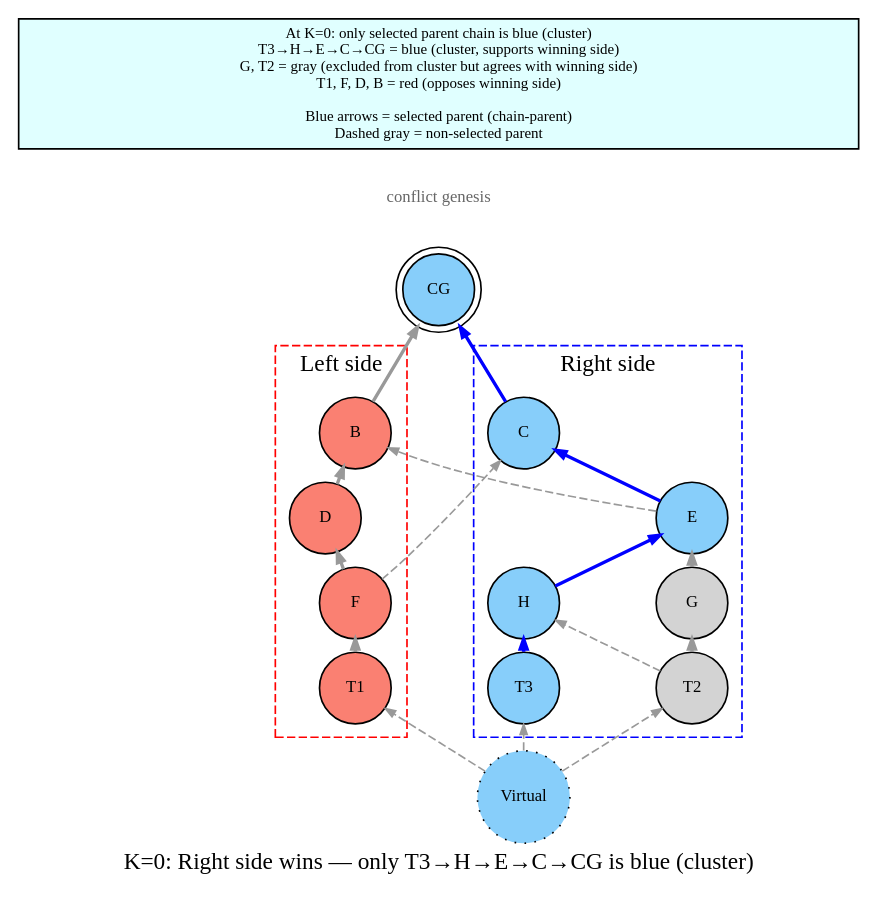
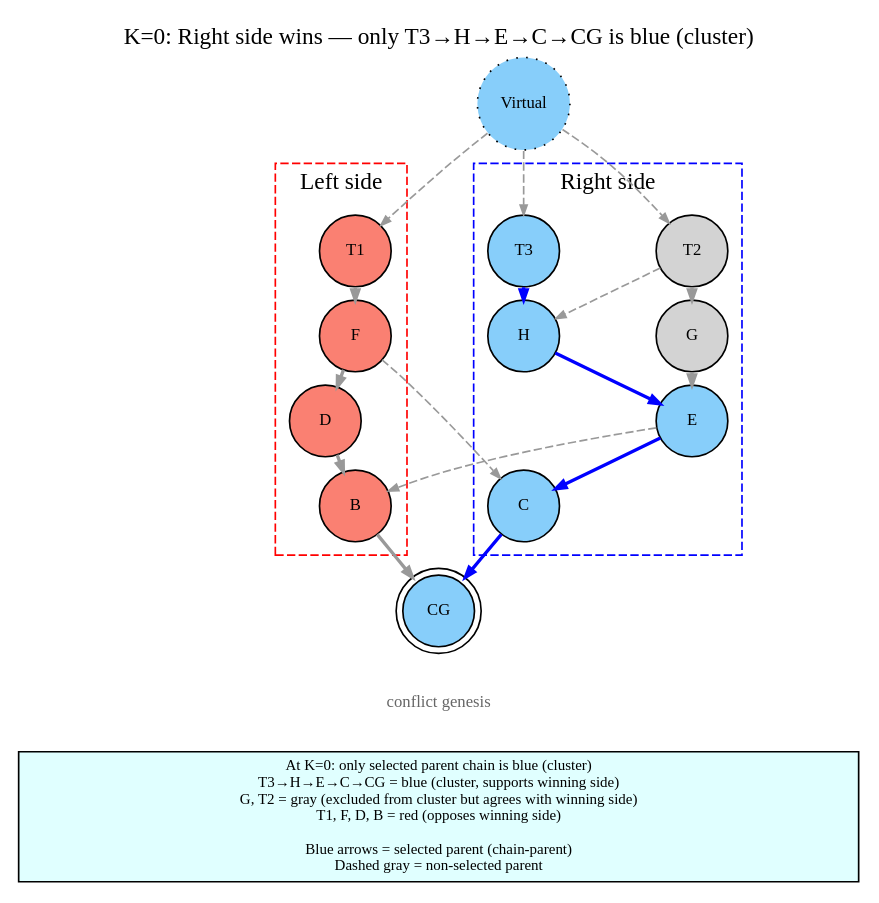
One commit to coderofstuff/dk-wiki changed the diagram in dot/03-gray-blocks.dot. Above: the diagram before and after it, drawn with Graphviz. The commit also changed 12 other files, not shown here.

```diff
--- a/dot/03-gray-blocks.dot
+++ b/dot/03-gray-blocks.dot
@@ -1,78 +1,78 @@
 digraph gray_blocks {
-    rankdir=BT;
+    rankdir=TB;
     nodesep=0.8;
     ranksep=0.1;
     node [shape=circle, style=filled, fontsize=10, width=0.6, height=0.6];
     edge [arrowsize=0.6, color=gray60];
 
     label="K=0: Right side wins — only T3→H→E→C→CG is blue (cluster)";
-    labelloc=b;
+    labelloc=t;
 
     CG [label="CG", fillcolor=lightskyblue, shape=doublecircle];
 
     // Virtual block
     Virtual [label="Virtual", shape=circle, style="dotted,filled", fillcolor=lightskyblue];
 
     // Left side: RED (opposes winning side)
     subgraph cluster_left {
         label="Left side";
-        labelloc=b;
+        labelloc=t;
         style="dashed";
         color=red;
         B [label="B", fillcolor=salmon];
         D [label="D", fillcolor=salmon];
         F [label="F", fillcolor=salmon];
         T1 [label="T1", fillcolor=salmon];
     }
 
     // Right side: BLUE chain + GRAY blocks
     subgraph cluster_right {
         label="Right side";
-        labelloc=b;
+        labelloc=t;
         style="dashed";
         color=blue;
         C [label="C", fillcolor=lightskyblue];
         E [label="E", fillcolor=lightskyblue];
         G [label="G", fillcolor=lightgray];
         T2 [label="T2", fillcolor=lightgray];
         H [label="H", fillcolor=lightskyblue];
         T3 [label="T3", fillcolor=lightskyblue];
     }
 
     // CG label node
     CG_lbl [label="conflict genesis", shape=plaintext, style=filled, fillcolor=none, fontsize=10, fontcolor=gray40, width=0];
 
     // Annotation at bottom
     NOTE [label="At K=0: only selected parent chain is blue (cluster)\nT3→H→E→C→CG = blue (cluster, supports winning side)\nG, T2 = gray (excluded from cluster but agrees with winning side)\nT1, F, D, B = red (opposes winning side)\n\nBlue arrows = selected parent (chain-parent)\nDashed gray = non-selected parent", shape=box, style=filled, fillcolor=lightcyan, fontsize=9, width=7];
 
     // Blue edges = selected parent (chain-parent path)
     // Left side (red)
     D -> B [color=gray60, penwidth=2.0];
     F -> D [color=gray60, penwidth=2.0];
     T1 -> F [color=gray60, penwidth=2.0];
     // Right side (blue chain)
     H -> E [color=blue, penwidth=2.0];
     E -> C [color=blue, penwidth=2.0];
     T3 -> H [color=blue, penwidth=2.0];
     // Right side (gray, excluded)
     G -> E [color=gray60, penwidth=2.0];
     T2 -> G [color=gray60, penwidth=2.0];
 
     // Blue to CG (selected parent of B and C)
     B -> CG [color=gray60, penwidth=2.0];
     C -> CG [color=blue, penwidth=2.0];
 
     // Gray dashed = non-selected parent
     T2 -> H [color=gray60, penwidth=1.0, style=dashed];
     F -> C [color=gray60, penwidth=1.0, style=dashed];
     E -> B [color=gray60, penwidth=1.0, style=dashed];
 
     // Bottom chain from CG
     CG -> CG_lbl [style=invis];
     CG_lbl -> NOTE [style=invis];
 
     // Virtual block points to all tips
     Virtual -> T1 [color=gray60, penwidth=1.0, style=dashed];
     Virtual -> T2 [color=gray60, penwidth=1.0, style=dashed];
     Virtual -> T3 [color=gray60, penwidth=1.0, style=dashed];
 }
```
